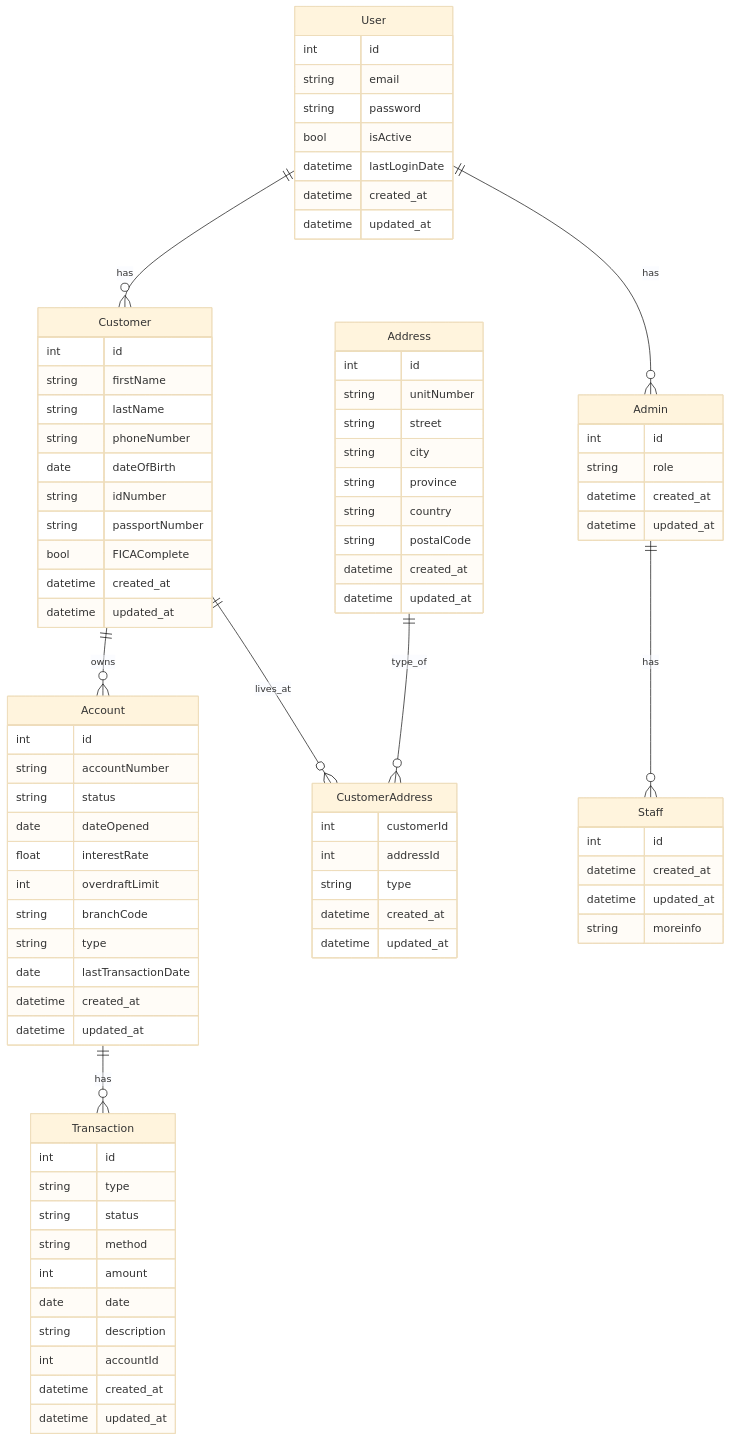
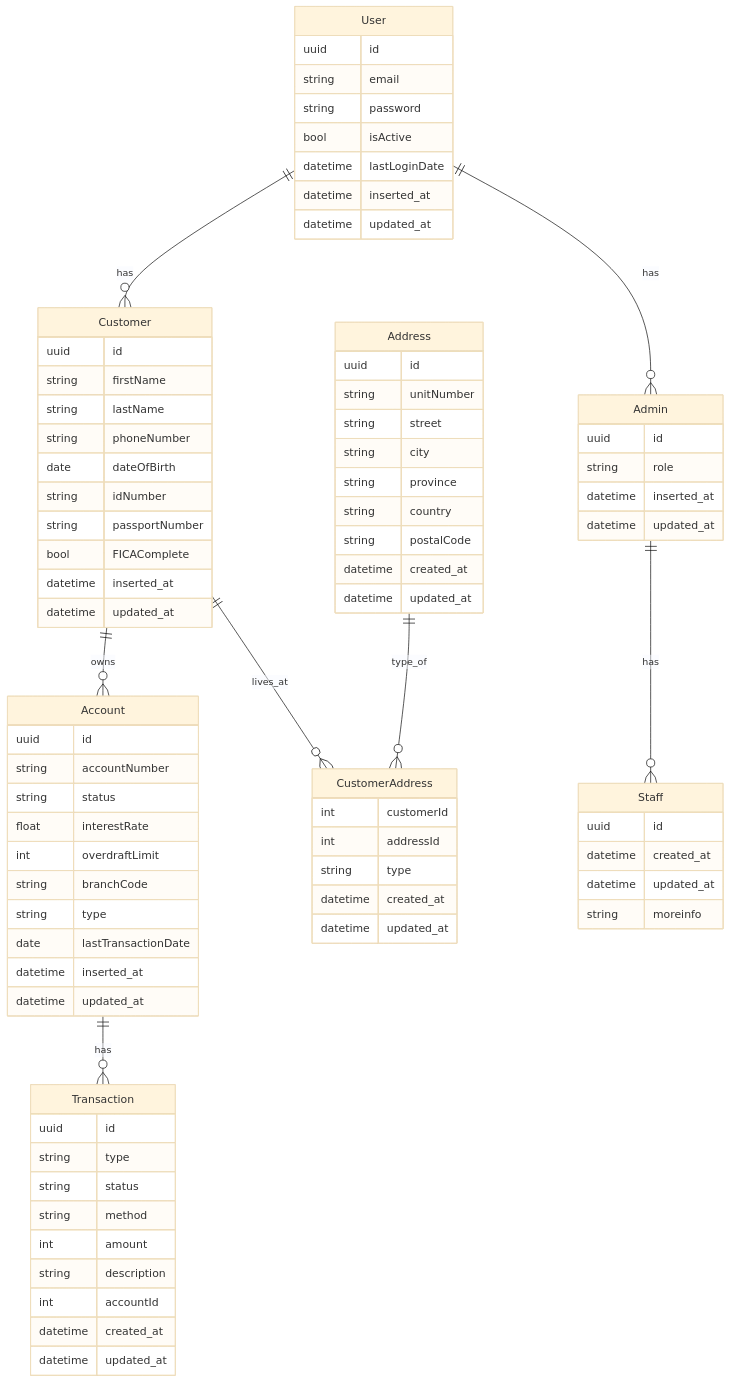
The first of 4 diagrams in TSBank.md (dotaviTS/Week-9), drawn with Mermaid (base theme) before and after one commit.

```diff
--- a/TSBank.md
+++ b/TSBank.md
@@ -231,17 +231,17 @@
 Address ||--o{ CustomerAddress : type_of
 
 User {
-int id
+uuid id
 string email
 string password
 bool isActive
 datetime lastLoginDate
-datetime created_at
+datetime inserted_at
 datetime updated_at
 }
 
 Customer {
-int id
+uuid id
 string firstName
 string lastName
 string phoneNumber
@@ -249,45 +249,43 @@
 string idNumber
 string passportNumber
 bool FICAComplete
-datetime created_at
+datetime inserted_at
 datetime updated_at
 }
 
 Admin {
-int id
+uuid id
 string role
-datetime created_at
+datetime inserted_at
 datetime updated_at
 }
   
 Staff {
-int id
+uuid id
 datetime created_at
 datetime updated_at
 string moreinfo
 }
   
 Account {
-int id
+uuid id
 string accountNumber
 string status
-date dateOpened
 float interestRate
 int overdraftLimit
 string branchCode
 string type
 date lastTransactionDate
-datetime created_at
+datetime inserted_at
 datetime updated_at
 }
 
 Transaction {
-int id
+uuid id
 string type
 string status
 string method
 int amount
-date date
 string description
 int accountId
 datetime created_at
@@ -295,7 +293,7 @@
 }
 
 Address {
-int id
+uuid id
 string unitNumber
 string street
 string city
```
